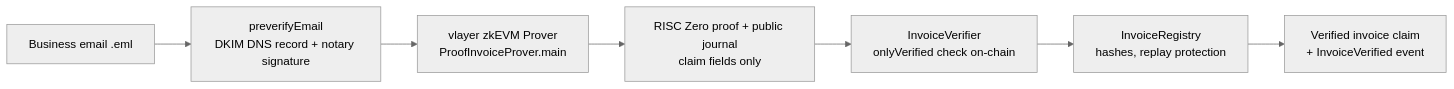
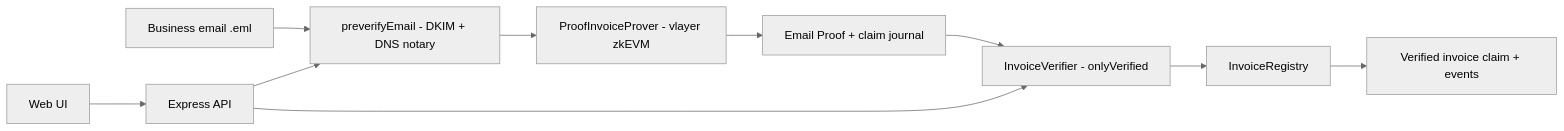
One commit to Pillar-5/proofinvoice-vlayer changed the diagram in README.md. Above: the diagram before and after it, drawn with Mermaid (neutral theme). The commit also changed other lines of this file and 11 other files, not shown here.

Commit message:
Improve ProofInvoice public demo and vlayer integration

````diff
--- a/README.md
+++ b/README.md
@@ -57,9 +61,12 @@
 ```mermaid
 flowchart LR
-    A[Business email .eml] --> B[preverifyEmail<br/>DKIM DNS record + notary signature]
-    B --> C[vlayer zkEVM Prover<br/>ProofInvoiceProver.main]
-    C --> D[RISC Zero proof + public journal<br/>claim fields only]
-    D --> E[InvoiceVerifier<br/>onlyVerified check on-chain]
-    E --> F[InvoiceRegistry<br/>hashes, replay protection]
-    F --> G[Verified invoice claim<br/>+ InvoiceVerified event]
+    A[Business email .eml] --> B[preverifyEmail - DKIM + DNS notary]
+    B --> C[ProofInvoiceProver - vlayer zkEVM]
+    C --> D[Email Proof + claim journal]
+    D --> E[InvoiceVerifier - onlyVerified]
+    E --> F[InvoiceRegistry]
+    F --> G[Verified invoice claim + events]
+    H[Express API] --> B
+    H --> E
+    I[Web UI] --> H
 ```
````
